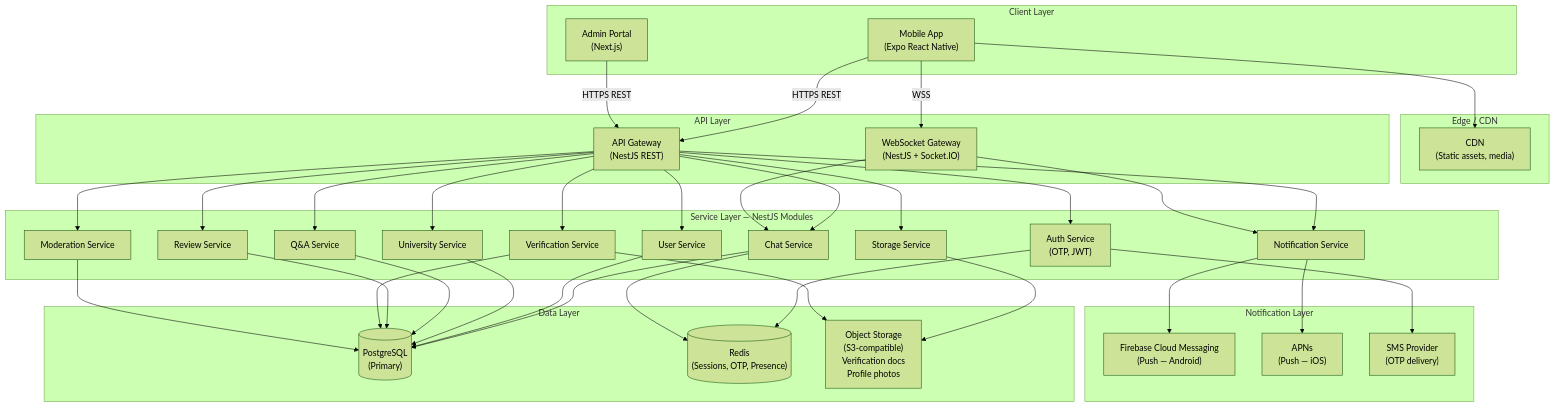
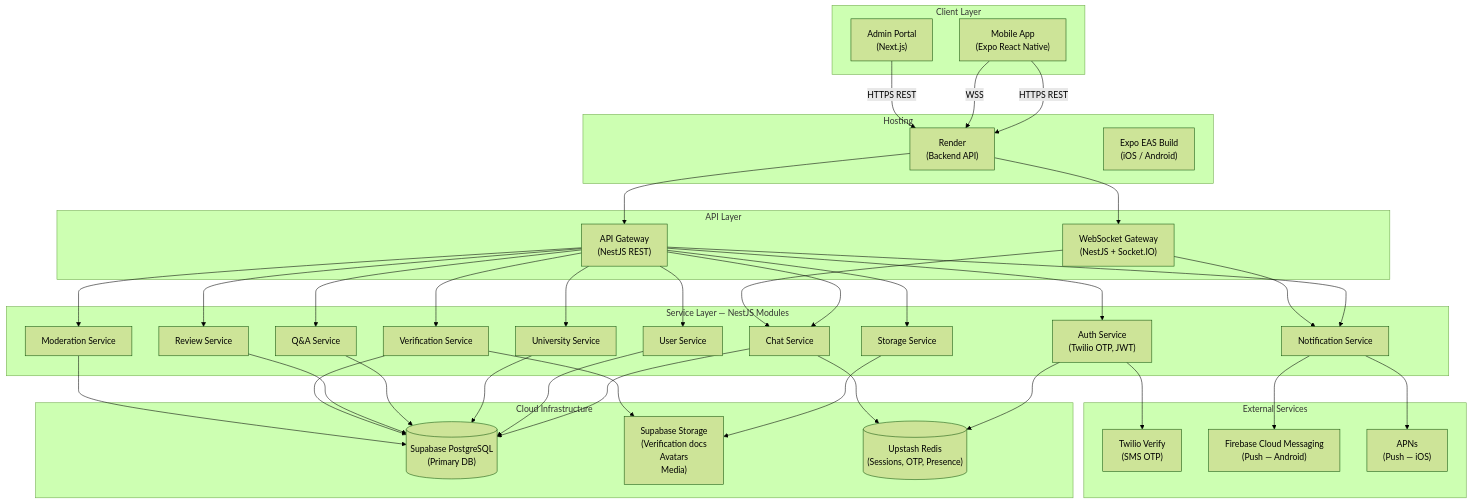
Before and after one commit to zenter-india/uniscope: the first of 5 diagrams in docs/architecture/system-architecture-v1.md, drawn with Mermaid (forest theme). The commit also changed other lines of this file and 25 other files, not shown here.

````diff
--- a/docs/architecture/system-architecture-v1.md
+++ b/docs/architecture/system-architecture-v1.md
@@ -14,55 +16,56 @@
 ```mermaid
 flowchart TB
     subgraph clients [Client Layer]
         Mobile["Mobile App\n(Expo React Native)"]
         AdminPortal["Admin Portal\n(Next.js)"]
     end
 
-    subgraph cdn [Edge / CDN]
-        CDN["CDN\n(Static assets, media)"]
+    subgraph hosting [Hosting]
+        Render["Render\n(Backend API)"]
+        EAS["Expo EAS Build\n(iOS / Android)"]
     end
 
     subgraph api [API Layer]
         Gateway["API Gateway\n(NestJS REST)"]
         WS["WebSocket Gateway\n(NestJS + Socket.IO)"]
     end
 
     subgraph services [Service Layer — NestJS Modules]
-        AuthSvc["Auth Service\n(OTP, JWT)"]
+        AuthSvc["Auth Service\n(Twilio OTP, JWT)"]
         UserSvc["User Service"]
         UnivSvc["University Service"]
         QASvc["Q&A Service"]
         ReviewSvc["Review Service"]
         ChatSvc["Chat Service"]
         VerifSvc["Verification Service"]
         NotifSvc["Notification Service"]
         ModerationSvc["Moderation Service"]
         StorageSvc["Storage Service"]
     end
 
-    subgraph data [Data Layer]
-        PG[("PostgreSQL\n(Primary)")]
-        Redis[("Redis\n(Sessions, OTP, Presence)")]
-        ObjectStore["Object Storage\n(S3-compatible)\nVerification docs\nProfile photos"]
+    subgraph cloud [Cloud Infrastructure]
+        Supabase[("Supabase PostgreSQL\n(Primary DB)")]
+        SupabaseStorage["Supabase Storage\n(Verification docs\nAvatars\nMedia)"]
+        Upstash[("Upstash Redis\n(Sessions, OTP, Presence)")]
     end
 
-    subgraph notifications [Notification Layer]
+    subgraph external [External Services]
+        Twilio["Twilio Verify\n(SMS OTP)"]
         FCM["Firebase Cloud Messaging\n(Push — Android)"]
         APNS["APNs\n(Push — iOS)"]
-        SMS["SMS Provider\n(OTP delivery)"]
     end
 
-    Mobile -->|HTTPS REST| Gateway
-    Mobile -->|WSS| WS
-    AdminPortal -->|HTTPS REST| Gateway
-    Mobile --> CDN
+    Mobile -->|HTTPS REST| Render
+    Mobile -->|WSS| Render
+    AdminPortal -->|HTTPS REST| Render
+    Render --> Gateway & WS
     Gateway --> AuthSvc & UserSvc & UnivSvc & QASvc & ReviewSvc & ChatSvc & VerifSvc & NotifSvc & ModerationSvc & StorageSvc
     WS --> ChatSvc & NotifSvc
-    AuthSvc --> Redis
-    AuthSvc --> SMS
-    ChatSvc --> PG & Redis
+    AuthSvc --> Upstash
+    AuthSvc --> Twilio
+    ChatSvc --> Supabase & Upstash
     NotifSvc --> FCM & APNS
-    UserSvc & UnivSvc & QASvc & ReviewSvc & VerifSvc & ModerationSvc --> PG
-    StorageSvc --> ObjectStore
-    VerifSvc --> ObjectStore
+    UserSvc & UnivSvc & QASvc & ReviewSvc & VerifSvc & ModerationSvc --> Supabase
+    StorageSvc --> SupabaseStorage
+    VerifSvc --> SupabaseStorage
 ```
````
